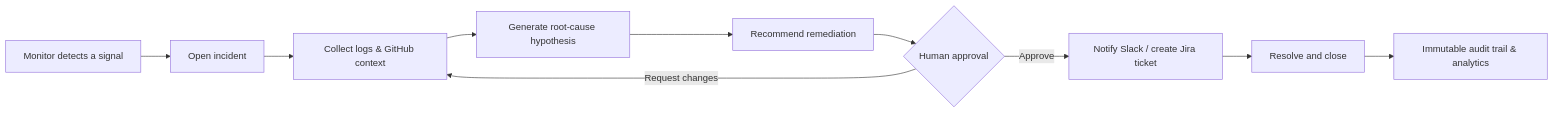
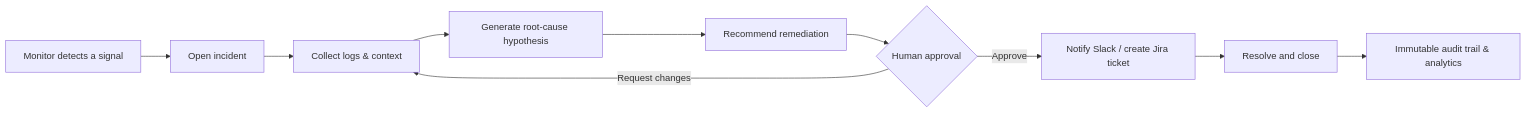
One commit to avinav2401/IncidentOps-AI changed the first of 2 diagrams in README.md. Above: the diagram before and after it, drawn with Mermaid. The commit also changed other lines of this file and 6 other files, not shown here.

````diff
--- a/README.md
+++ b/README.md
@@ -49,12 +49,12 @@
 ```mermaid
 flowchart LR
     A["Monitor detects a signal"] --> B["Open incident"]
-    B --> C["Collect logs & GitHub context"]
+    B --> C["Collect logs & context"]
     C --> D["Generate root-cause hypothesis"]
     D --> E["Recommend remediation"]
     E --> F{"Human approval"}
     F -->|"Approve"| G["Notify Slack / create Jira ticket"]
     F -->|"Request changes"| C
     G --> H["Resolve and close"]
     H --> I["Immutable audit trail & analytics"]
 ```
````
